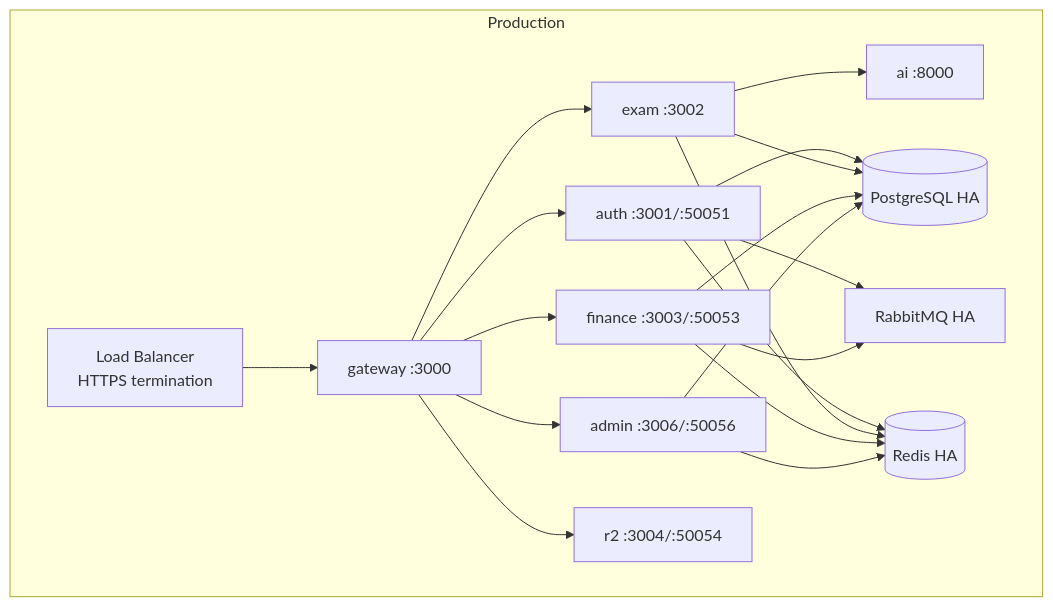
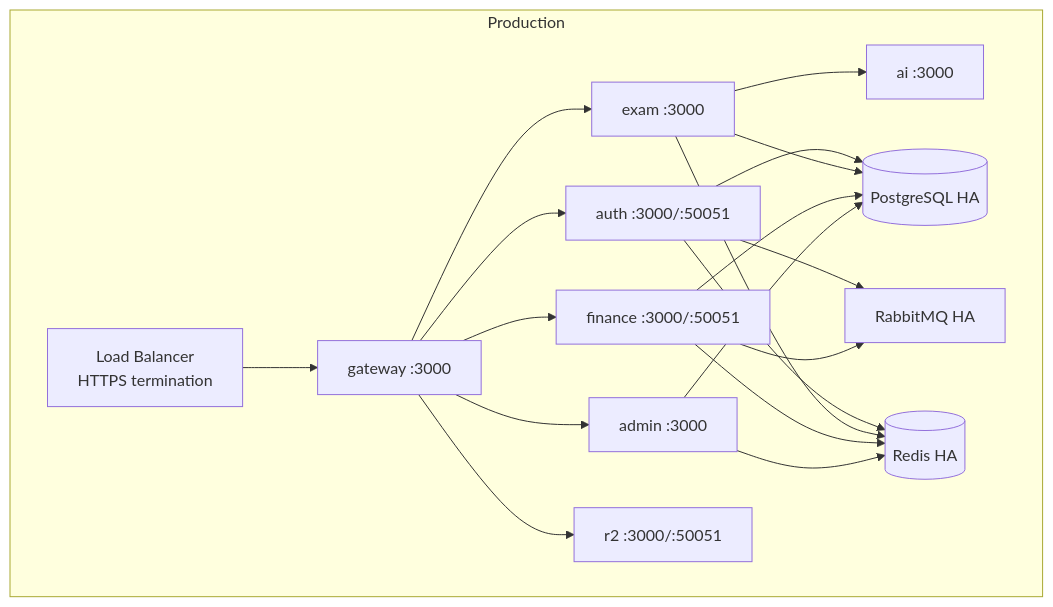
The eighth of 8 diagrams in docs/system/architecture.md (tgiap04/examio), drawn with Mermaid before and after one commit. The commit also changed other lines of this file and 6 other files, not shown here.

````diff
--- a/docs/system/architecture.md
+++ b/docs/system/architecture.md
@@ -325,33 +325,33 @@
 ```mermaid
 graph TB
     subgraph Production
         LB[Load Balancer<br/>HTTPS termination]
         GW[gateway :3000]
-        AUTH[auth :3001/:50051]
-        EXAM[exam :3002]
-        FIN[finance :3003/:50053]
-        ADMIN[admin :3006/:50056]
-        R2[r2 :3004/:50054]
-        AI[ai :8000]
+        AUTH[auth :3000/:50051]
+        EXAM[exam :3000]
+        FIN[finance :3000/:50051]
+        ADMIN[admin :3000]
+        R2[r2 :3000/:50051]
+        AI[ai :3000]
         PG[(PostgreSQL HA)]
         REDIS[(Redis HA)]
         RMQ[RabbitMQ HA]
     end
     LB --> GW
     GW --> AUTH
     GW --> EXAM
     GW --> FIN
     GW --> ADMIN
     GW --> R2
     EXAM --> AI
     AUTH --> PG
     EXAM --> PG
     FIN --> PG
     ADMIN --> PG
     AUTH --> RMQ
     FIN --> RMQ
     AUTH --> REDIS
     EXAM --> REDIS
     FIN --> REDIS
     ADMIN --> REDIS
 ```
````
